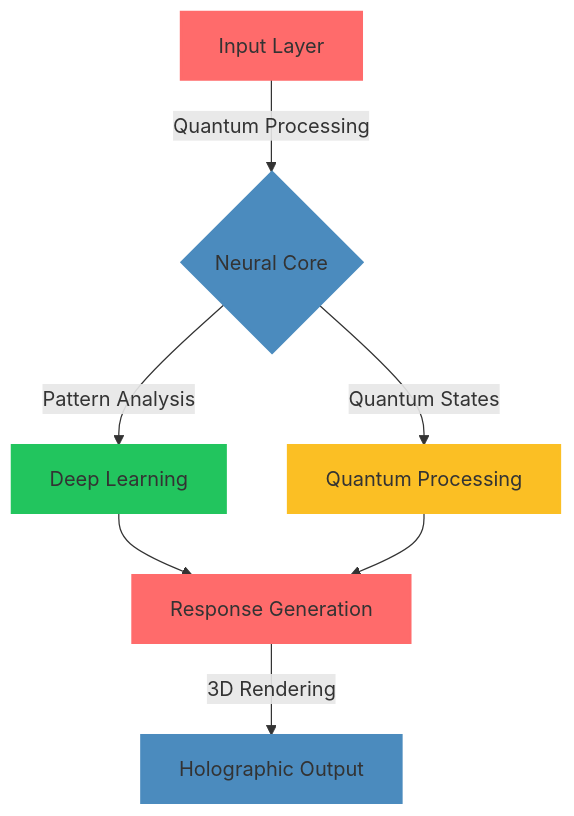
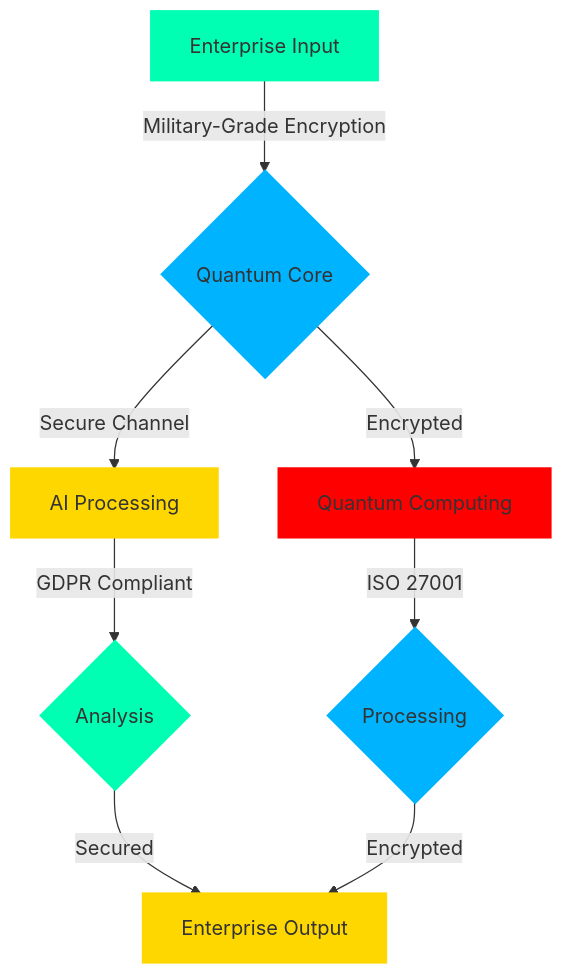
The diagram in README.md (mohammadrmmr2003/rubikatelbot), drawn with Mermaid before and after one commit. The commit also changed other lines of this file, not shown here.

````diff
--- a/README.md
+++ b/README.md
@@ -76,16 +122,18 @@
 ```mermaid
 graph TD
-    A[Input Layer] -->|Quantum Processing| B{Neural Core}
-    B -->|Pattern Analysis| C[Deep Learning]
-    B -->|Quantum States| D[Quantum Processing]
-    C --> E[Response Generation]
-    D --> E
-    E -->|3D Rendering| F[Holographic Output]
+    A[Enterprise Input] -->|Military-Grade Encryption| B{Quantum Core}
+    B -->|Secure Channel| C[AI Processing]
+    B -->|Encrypted| D[Quantum Computing]
+    C -->|GDPR Compliant| E{Analysis}
+    D -->|ISO 27001| F{Processing}
+    E -->|Secured| G[Enterprise Output]
+    F -->|Encrypted| G
     
-    style A fill:#FF6B6B,stroke:#FF6B6B,stroke-width:2px
-    style B fill:#4B8BBE,stroke:#4B8BBE,stroke-width:2px
-    style C fill:#22c55e,stroke:#22c55e,stroke-width:2px
-    style D fill:#fbbf24,stroke:#fbbf24,stroke-width:2px
-    style E fill:#FF6B6B,stroke:#FF6B6B,stroke-width:2px
-    style F fill:#4B8BBE,stroke:#4B8BBE,stroke-width:2px
+    style A fill:#00FFB3,stroke:#00FFB3,stroke-width:3px
+    style B fill:#00B3FF,stroke:#00B3FF,stroke-width:3px
+    style C fill:#FFD700,stroke:#FFD700,stroke-width:3px
+    style D fill:#FF0000,stroke:#FF0000,stroke-width:3px
+    style E fill:#00FFB3,stroke:#00FFB3,stroke-width:3px
+    style F fill:#00B3FF,stroke:#00B3FF,stroke-width:3px
+    style G fill:#FFD700,stroke:#FFD700,stroke-width:3px
 ```
````
